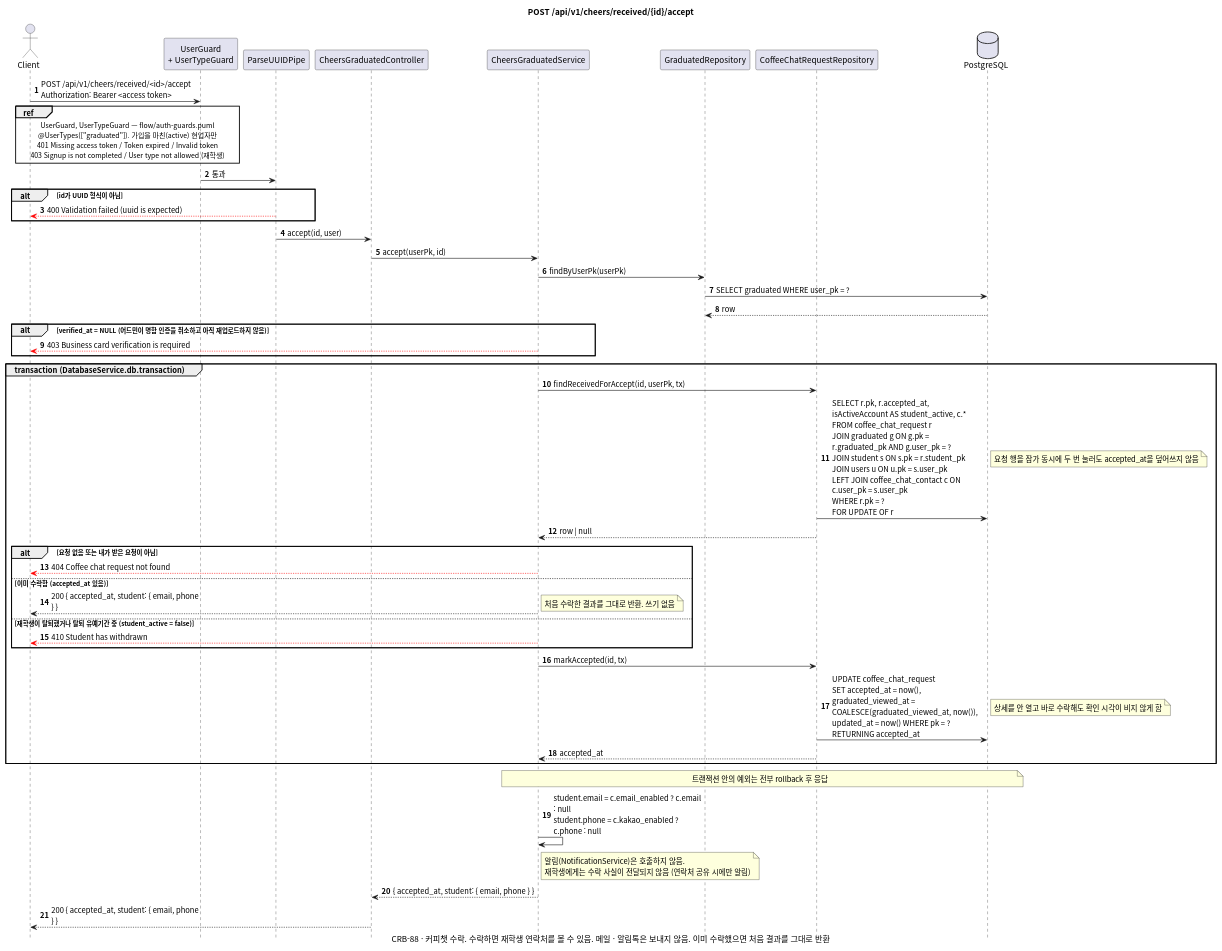
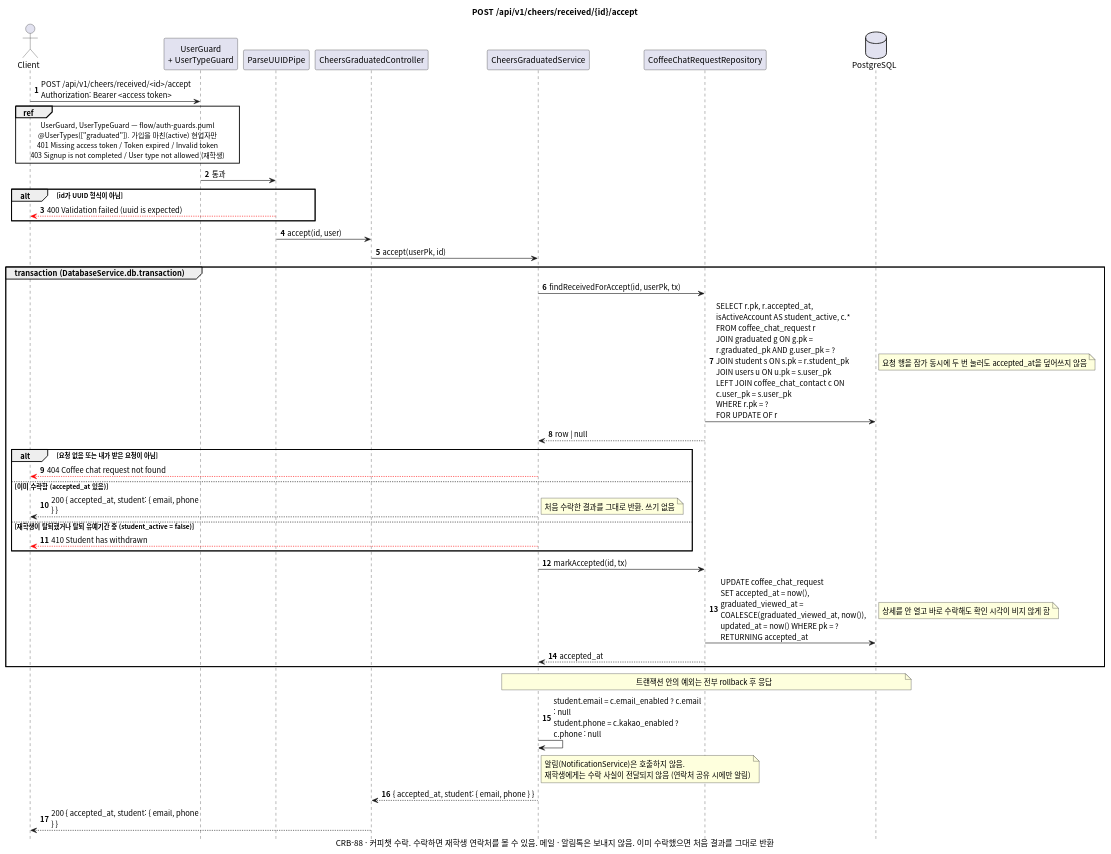
One commit to gsainfoteam/cheers-be changed the diagram in docs/sequence/cheers/post-cheers-received-id-accept.puml. Above: the diagram before and after it, drawn with PlantUML. The commit also changed 12 other files, not shown here.

Commit message:
- docs: update sequence diagrams for graduated signup without verify (CRB-107)

```diff
--- a/docs/sequence/cheers/post-cheers-received-id-accept.puml
+++ b/docs/sequence/cheers/post-cheers-received-id-accept.puml
@@ -1,70 +1,62 @@
 @startuml post-cheers-received-id-accept
 skinparam defaultFontName "Apple SD Gothic Neo", "Noto Sans CJK KR", sans-serif
 skinparam responseMessageBelowArrow true
 skinparam sequenceMessageAlign left
 skinparam maxMessageSize 260
 skinparam BoxPadding 8
 skinparam shadowing false
 autonumber
 hide footbox
 
 title POST /api/v1/cheers/received/{id}/accept
 caption CRB-88 · 커피챗 수락. 수락하면 재학생 연락처를 볼 수 있음. 메일 · 알림톡은 보내지 않음. 이미 수락했으면 처음 결과를 그대로 반환
 
 actor Client
 participant "UserGuard\n+ UserTypeGuard" as Guard
 participant "ParseUUIDPipe" as Pipe
 participant "CheersGraduatedController" as Controller
 participant "CheersGraduatedService" as Service
-participant "GraduatedRepository" as GraduatedRepository
 participant "CoffeeChatRequestRepository" as CoffeeChatRequestRepository
 database PostgreSQL
 
 Client -> Guard: POST /api/v1/cheers/received/<id>/accept\nAuthorization: Bearer <access token>
 ref over Client, Guard
   UserGuard, UserTypeGuard — flow/auth-guards.puml
   @UserTypes(["graduated"]). 가입을 마친(active) 현업자만
   401 Missing access token / Token expired / Invalid token
   403 Signup is not completed / User type not allowed (재학생)
 end ref
 Guard -> Pipe: 통과
 alt id가 UUID 형식이 아님
   Pipe -[#red]-> Client: 400 Validation failed (uuid is expected)
 end
 Pipe -> Controller: accept(id, user)
 Controller -> Service: accept(userPk, id)
-
-Service -> GraduatedRepository: findByUserPk(userPk)
-GraduatedRepository -> PostgreSQL: SELECT graduated WHERE user_pk = ?
-PostgreSQL --> GraduatedRepository: row
-alt verified_at = NULL (어드민이 명함 인증을 취소하고 아직 재업로드하지 않음)
-  Service -[#red]-> Client: 403 Business card verification is required
-end
 
 group transaction (DatabaseService.db.transaction)
   Service -> CoffeeChatRequestRepository: findReceivedForAccept(id, userPk, tx)
   CoffeeChatRequestRepository -> PostgreSQL: SELECT r.pk, r.accepted_at, isActiveAccount AS student_active, c.*\nFROM coffee_chat_request r\nJOIN graduated g ON g.pk = r.graduated_pk AND g.user_pk = ?\nJOIN student s ON s.pk = r.student_pk\nJOIN users u ON u.pk = s.user_pk\nLEFT JOIN coffee_chat_contact c ON c.user_pk = s.user_pk\nWHERE r.pk = ?\nFOR UPDATE OF r
   note right: 요청 행을 잠가 동시에 두 번 눌러도 accepted_at을 덮어쓰지 않음
   CoffeeChatRequestRepository --> Service: row | null
   alt 요청 없음 또는 내가 받은 요청이 아님
     Service -[#red]-> Client: 404 Coffee chat request not found
   else 이미 수락함 (accepted_at 있음)
     Service --> Client: 200 { accepted_at, student: { email, phone } }
     note right: 처음 수락한 결과를 그대로 반환. 쓰기 없음
   else 재학생이 탈퇴했거나 탈퇴 유예기간 중 (student_active = false)
     Service -[#red]-> Client: 410 Student has withdrawn
   end
 
   Service -> CoffeeChatRequestRepository: markAccepted(id, tx)
   CoffeeChatRequestRepository -> PostgreSQL: UPDATE coffee_chat_request\nSET accepted_at = now(),\ngraduated_viewed_at = COALESCE(graduated_viewed_at, now()),\nupdated_at = now() WHERE pk = ?\nRETURNING accepted_at
   note right: 상세를 안 열고 바로 수락해도 확인 시각이 비지 않게 함
   CoffeeChatRequestRepository --> Service: accepted_at
 end
 note over Service, PostgreSQL: 트랜잭션 안의 예외는 전부 rollback 후 응답
 
 Service -> Service: student.email = c.email_enabled ? c.email : null\nstudent.phone = c.kakao_enabled ? c.phone : null
 note right of Service: 알림(NotificationService)은 호출하지 않음.\n재학생에게는 수락 사실이 전달되지 않음 (연락처 공유 시에만 알림)
 Service --> Controller: { accepted_at, student: { email, phone } }
 Controller --> Client: 200 { accepted_at, student: { email, phone } }
 
 @enduml
```
